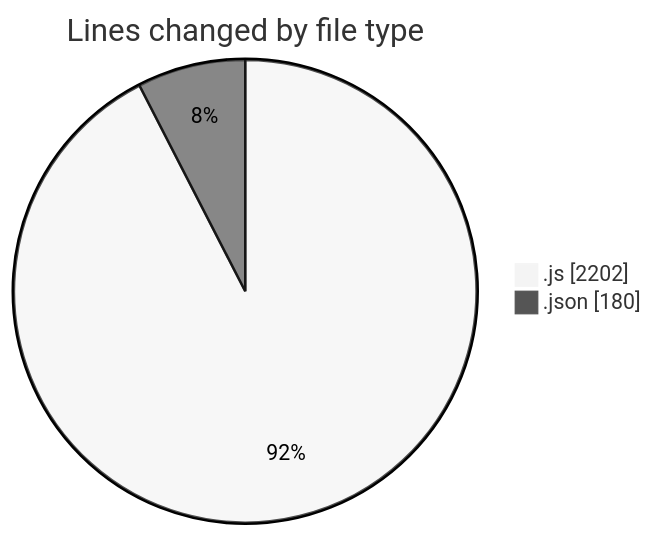
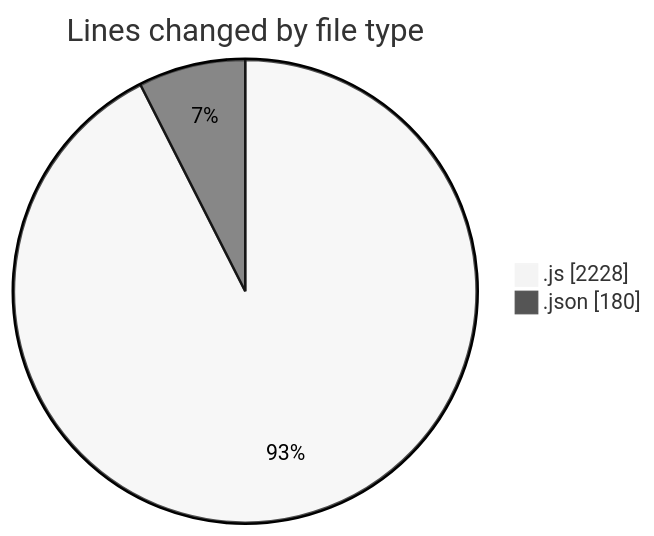
Before and after one commit to Ritupan-Deka/code-tracking: the first of 2 diagrams in 2025-08-03/javascript/README.md, drawn with Mermaid (neutral theme). The commit also changed other lines of this file and 1 other file, not shown here.

````diff
--- a/2025-08-03/javascript/README.md
+++ b/2025-08-03/javascript/README.md
@@ -23,6 +24,6 @@
 ```mermaid
 pie showData
 title Lines changed by file type
-".js" : 2202
+".js" : 2228
 ".json" : 180
 ```
````
